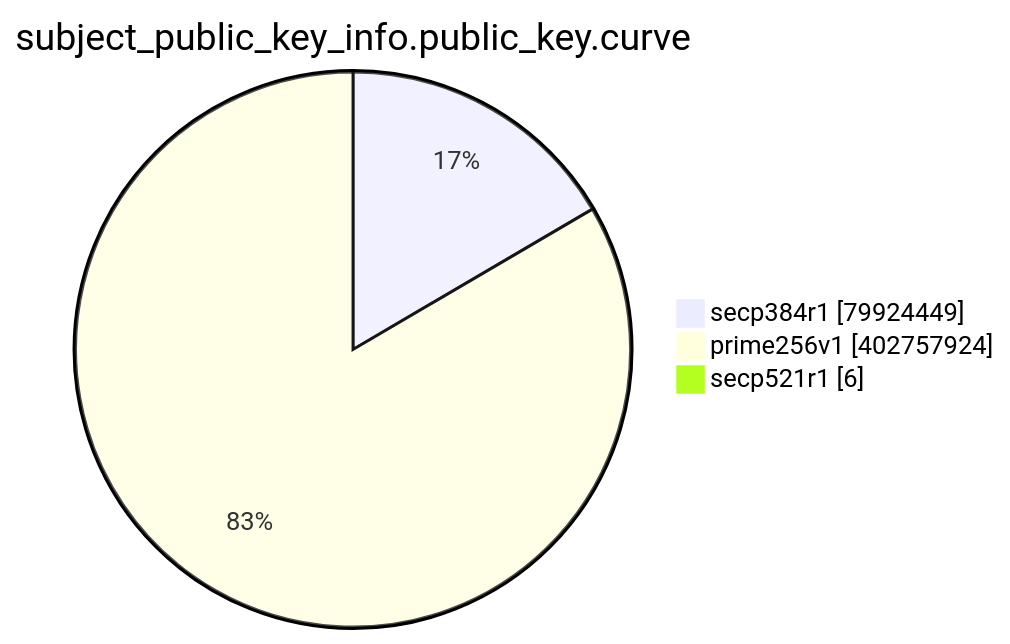
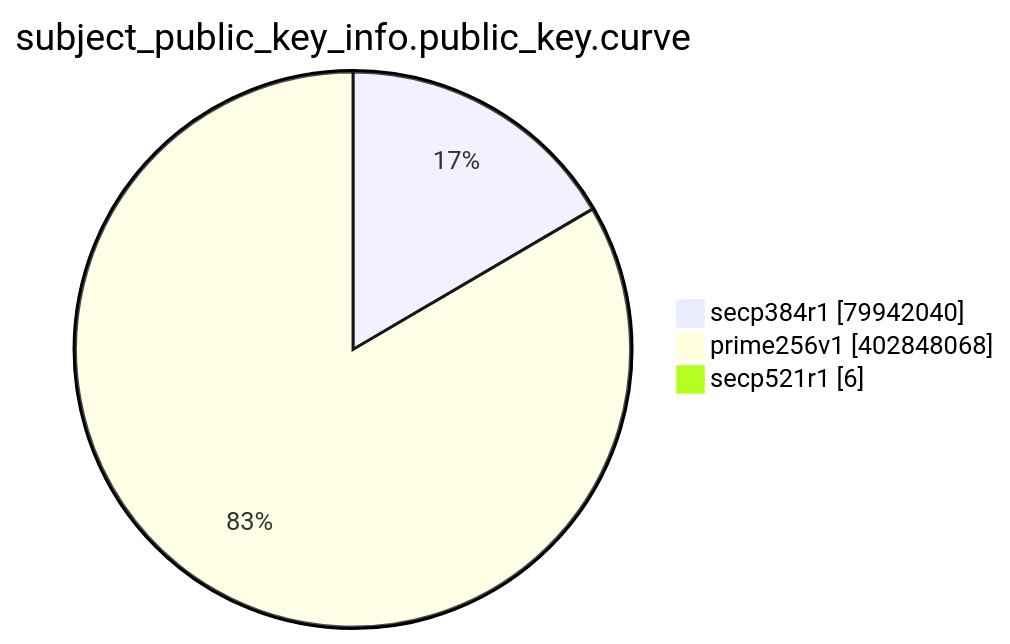
Before and after one commit to christiankrug/ctmonitor_visualization: the eighth of 15 diagrams in TOTAL/README.md, drawn with Mermaid. The commit also changed other lines of this file, not shown here.

````diff
--- a/TOTAL/README.md
+++ b/TOTAL/README.md
@@ -3095,7 +3095,7 @@
 ```mermaid
 pie showData
 title subject_public_key_info.public_key.curve
-"secp384r1" :79924449
-"prime256v1" :402757924
+"secp384r1" :79942040
+"prime256v1" :402848068
 "secp521r1" :6
 ```
````
